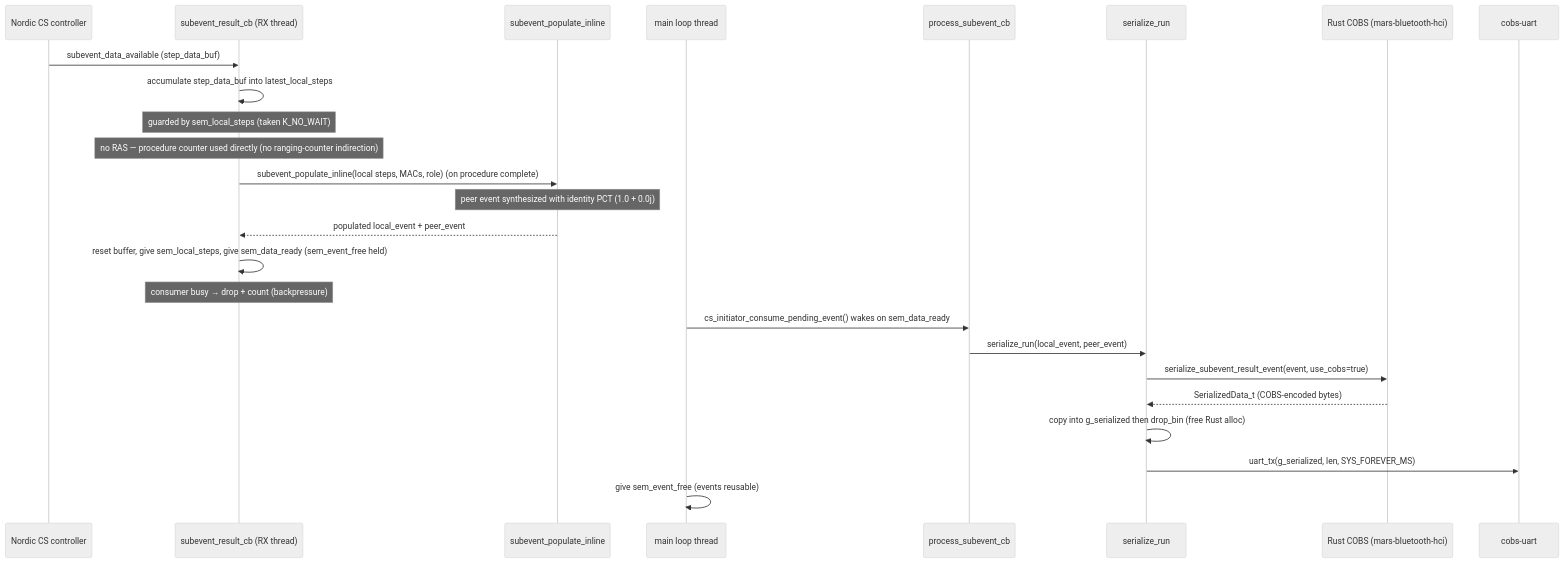
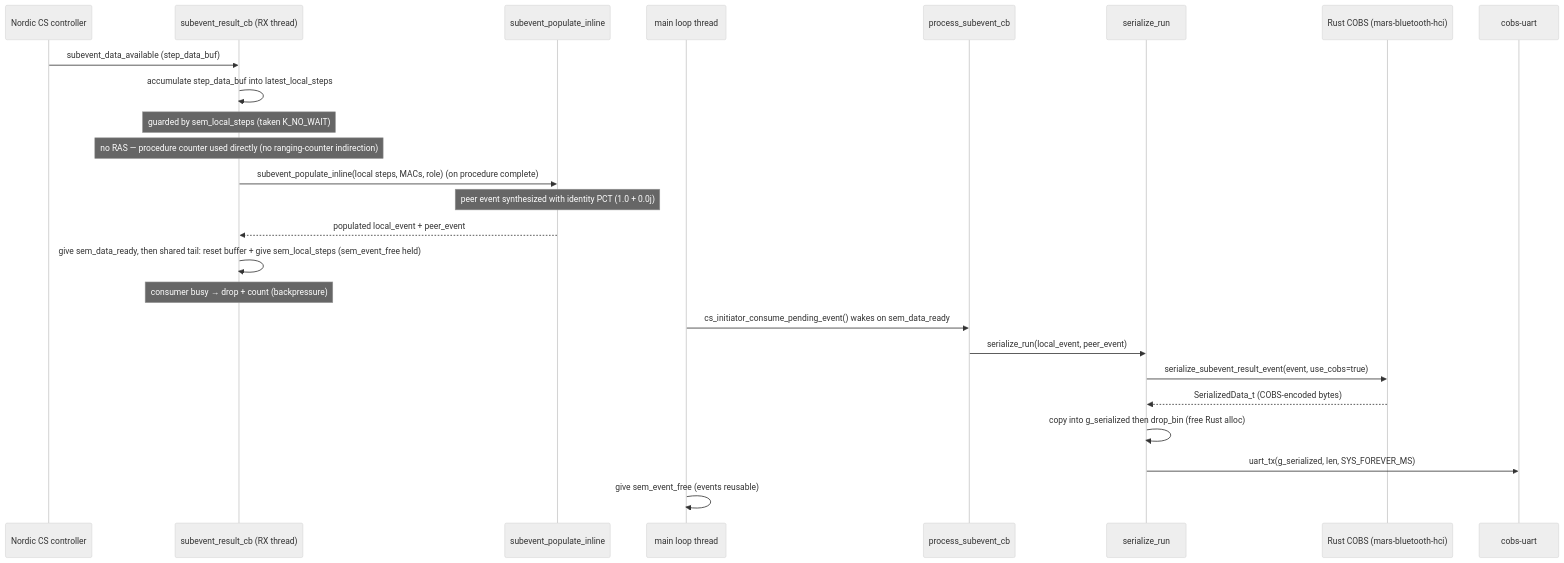
The second of 2 diagrams in docs/architecture.md (Metirionic/mars-cs-nrf54l), drawn with Mermaid (neutral theme) before and after one commit. The commit also changed other lines of this file, not shown here.

First line of the commit message:
docs: re-anchor architecture.md line citations after the #173 fix

````diff
--- a/docs/architecture.md
+++ b/docs/architecture.md
@@ -296,27 +302,27 @@
 ```mermaid
 sequenceDiagram
     participant CTRL as Nordic CS controller
     participant ACC as subevent_result_cb (RX thread)
     participant POP as subevent_populate_inline
     participant MAIN as main loop thread
     participant CB as process_subevent_cb
     participant SER as serialize_run
     participant RUST as Rust COBS (mars-bluetooth-hci)
     participant UART as cobs-uart
     CTRL->>ACC: subevent_data_available (step_data_buf)
     ACC->>ACC: accumulate step_data_buf into latest_local_steps
     Note over ACC: guarded by sem_local_steps (taken K_NO_WAIT)
     Note over ACC: no RAS — procedure counter used directly (no ranging-counter indirection)
     ACC->>POP: subevent_populate_inline(local steps, MACs, role) (on procedure complete)
     Note over POP: peer event synthesized with identity PCT (1.0 + 0.0j)
     POP-->>ACC: populated local_event + peer_event
-    ACC->>ACC: reset buffer, give sem_local_steps, give sem_data_ready (sem_event_free held)
+    ACC->>ACC: give sem_data_ready, then shared tail: reset buffer + give sem_local_steps (sem_event_free held)
     Note over ACC: consumer busy → drop + count (backpressure)
     MAIN->>CB: cs_initiator_consume_pending_event() wakes on sem_data_ready
     CB->>SER: serialize_run(local_event, peer_event)
     SER->>RUST: serialize_subevent_result_event(event, use_cobs=true)
     RUST-->>SER: SerializedData_t (COBS-encoded bytes)
     SER->>SER: copy into g_serialized then drop_bin (free Rust alloc)
     SER->>UART: uart_tx(g_serialized, len, SYS_FOREVER_MS)
     MAIN->>MAIN: give sem_event_free (events reusable)
 ```
````
